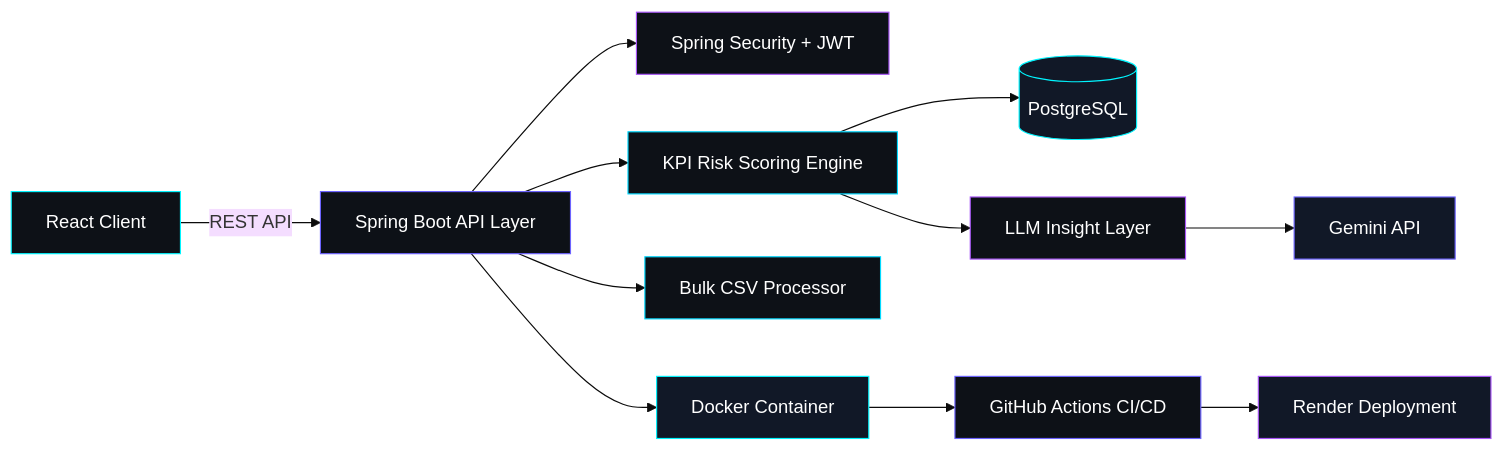
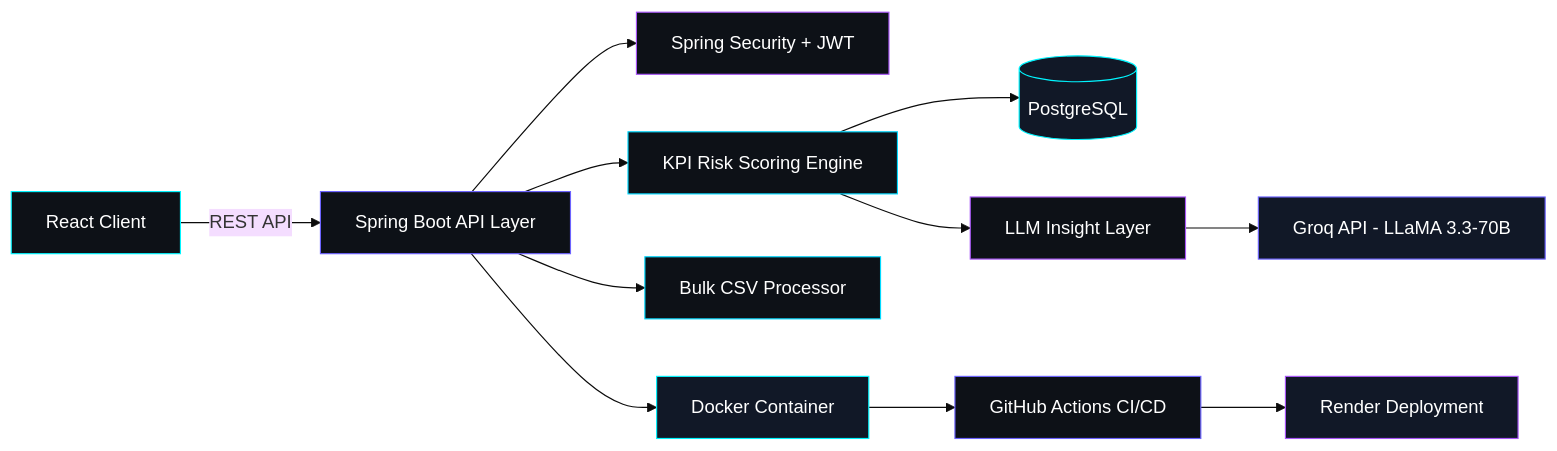
Before and after one commit to Sudhanshuy2006/Sudhanshuy2006: the diagram in README.md, drawn with Mermaid (base theme). The commit also changed other lines of this file, not shown here.

````diff
--- a/README.md
+++ b/README.md
@@ -139,25 +120,25 @@
 ```mermaid
 flowchart LR
     A[React Client] -->|REST API| B[Spring Boot API Layer]
     B --> C[Spring Security + JWT]
     B --> D[KPI Risk Scoring Engine]
     D --> E[(PostgreSQL)]
     D --> F[LLM Insight Layer]
-    F --> G[Gemini API]
+    F --> G[Groq API - LLaMA 3.3-70B]
     B --> H[Bulk CSV Processor]
     B --> I[Docker Container]
     I --> J[GitHub Actions CI/CD]
     J --> K[Render Deployment]
 
     style A fill:#0D1117,stroke:#00F5FF,color:#FFFFFF
     style B fill:#0D1117,stroke:#6C63FF,color:#FFFFFF
     style C fill:#0D1117,stroke:#A855F7,color:#FFFFFF
     style D fill:#0D1117,stroke:#00D9FF,color:#FFFFFF
     style E fill:#111827,stroke:#00F5FF,color:#FFFFFF
     style F fill:#0D1117,stroke:#A855F7,color:#FFFFFF
     style G fill:#111827,stroke:#6C63FF,color:#FFFFFF
     style H fill:#0D1117,stroke:#00D9FF,color:#FFFFFF
     style I fill:#111827,stroke:#00F5FF,color:#FFFFFF
     style J fill:#0D1117,stroke:#6C63FF,color:#FFFFFF
     style K fill:#111827,stroke:#A855F7,color:#FFFFFF
 ```
````
